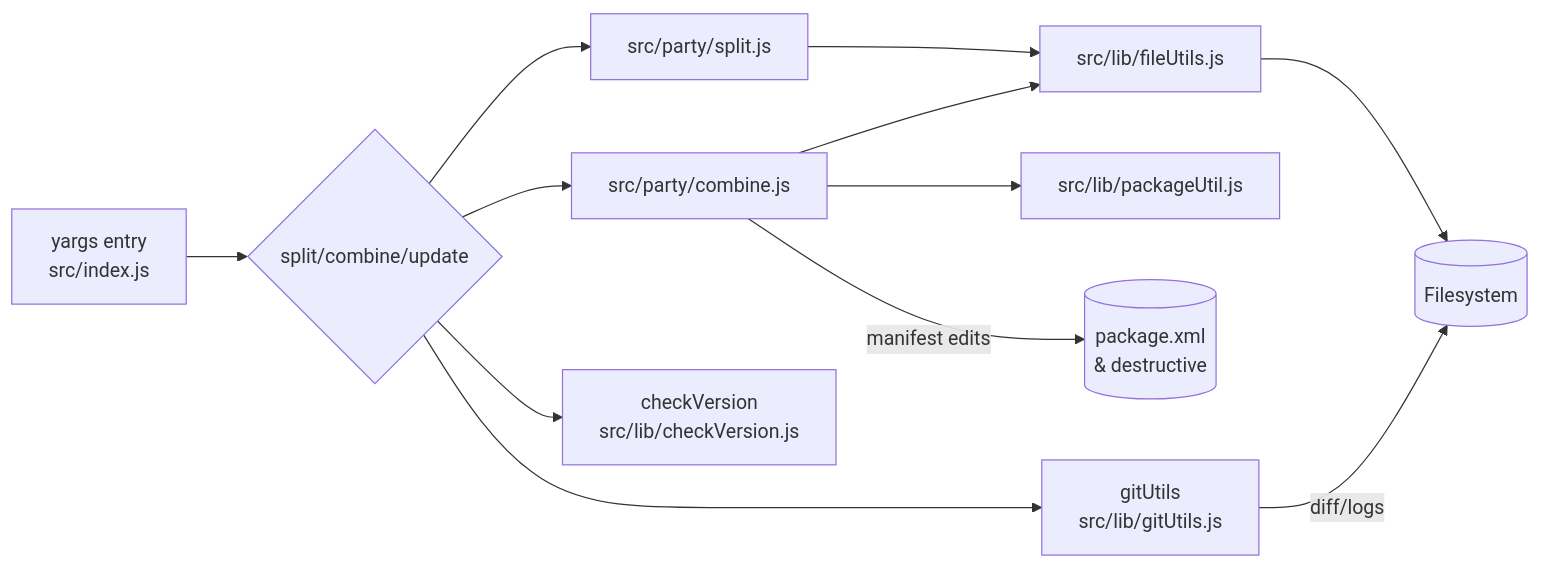
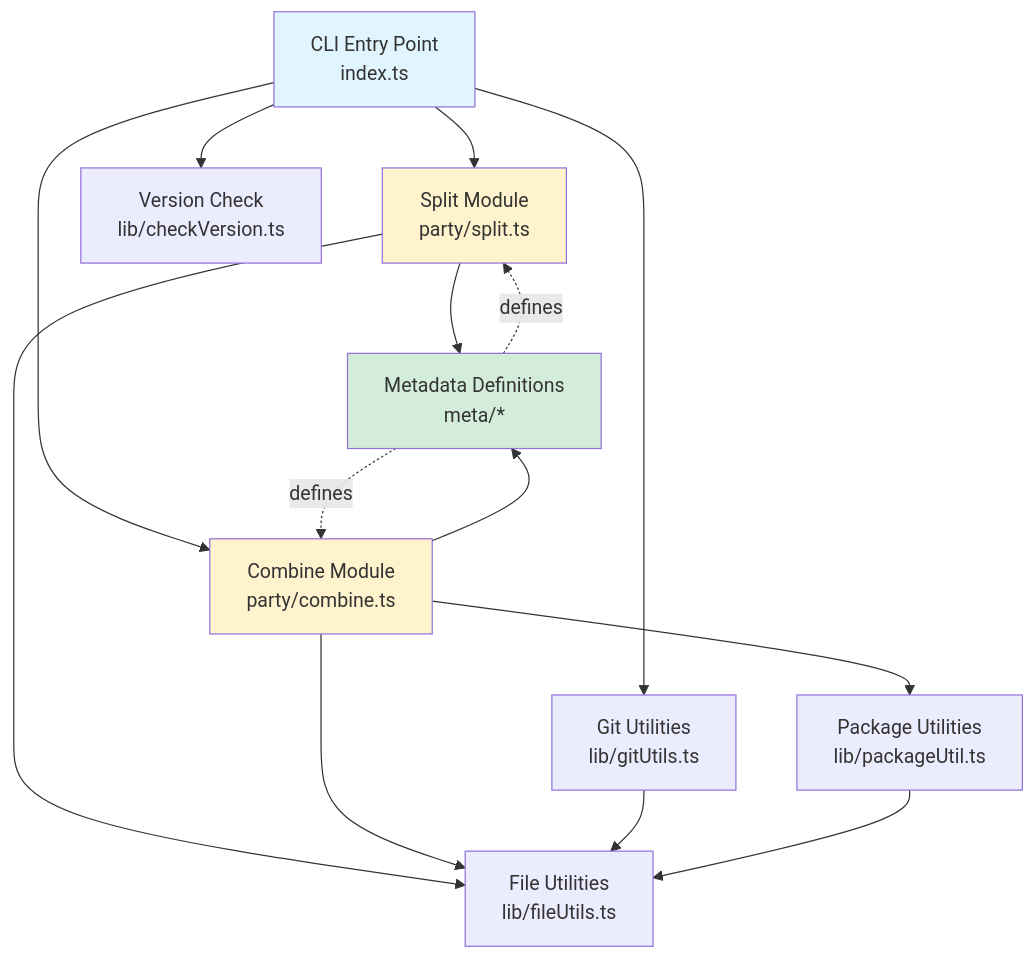
One commit to TimPaulaskasDS/sfparty changed the first of 4 diagrams in llm.md. Above: the diagram before and after it, drawn with Mermaid. The commit also changed other lines of this file and 139 other files, not shown here.

````diff
--- a/llm.md
+++ b/llm.md
@@ -12,14 +42,34 @@
 ```mermaid
-flowchart LR
-    CLI[yargs entry<br/>src/index.js] --> Handlers{split/combine/update}
-    Handlers --> Split[src/party/split.js]
-    Handlers --> Combine[src/party/combine.js]
-    Handlers --> Version[checkVersion<br/>src/lib/checkVersion.js]
-    Handlers --> Git[gitUtils<br/>src/lib/gitUtils.js]
-    Split --> FileUtils[src/lib/fileUtils.js]
+graph TB
+    CLI[CLI Entry Point<br/>index.ts]
+    Split[Split Module<br/>party/split.ts]
+    Combine[Combine Module<br/>party/combine.ts]
+    
+    MetaDefs[Metadata Definitions<br/>meta/*]
+    FileUtils[File Utilities<br/>lib/fileUtils.ts]
+    GitUtils[Git Utilities<br/>lib/gitUtils.ts]
+    PkgUtils[Package Utilities<br/>lib/packageUtil.ts]
+    VersionCheck[Version Check<br/>lib/checkVersion.ts]
+    
+    CLI --> Split
+    CLI --> Combine
+    CLI --> GitUtils
+    CLI --> VersionCheck
+    
+    Split --> MetaDefs
+    Split --> FileUtils
+    Combine --> MetaDefs
     Combine --> FileUtils
-    Combine --> PackageUtil[src/lib/packageUtil.js]
-    FileUtils --> FS[(Filesystem)]
-    Git --> |diff/logs|FS
-    Combine --> |manifest edits|Manifest[(package.xml\n& destructive)]
+    Combine --> PkgUtils
+    
+    GitUtils --> FileUtils
+    PkgUtils --> FileUtils
+    
+    MetaDefs -.defines.-> Split
+    MetaDefs -.defines.-> Combine
+    
+    style CLI fill:#e1f5ff
+    style Split fill:#fff3cd
+    style Combine fill:#fff3cd
+    style MetaDefs fill:#d4edda
 ```
````
